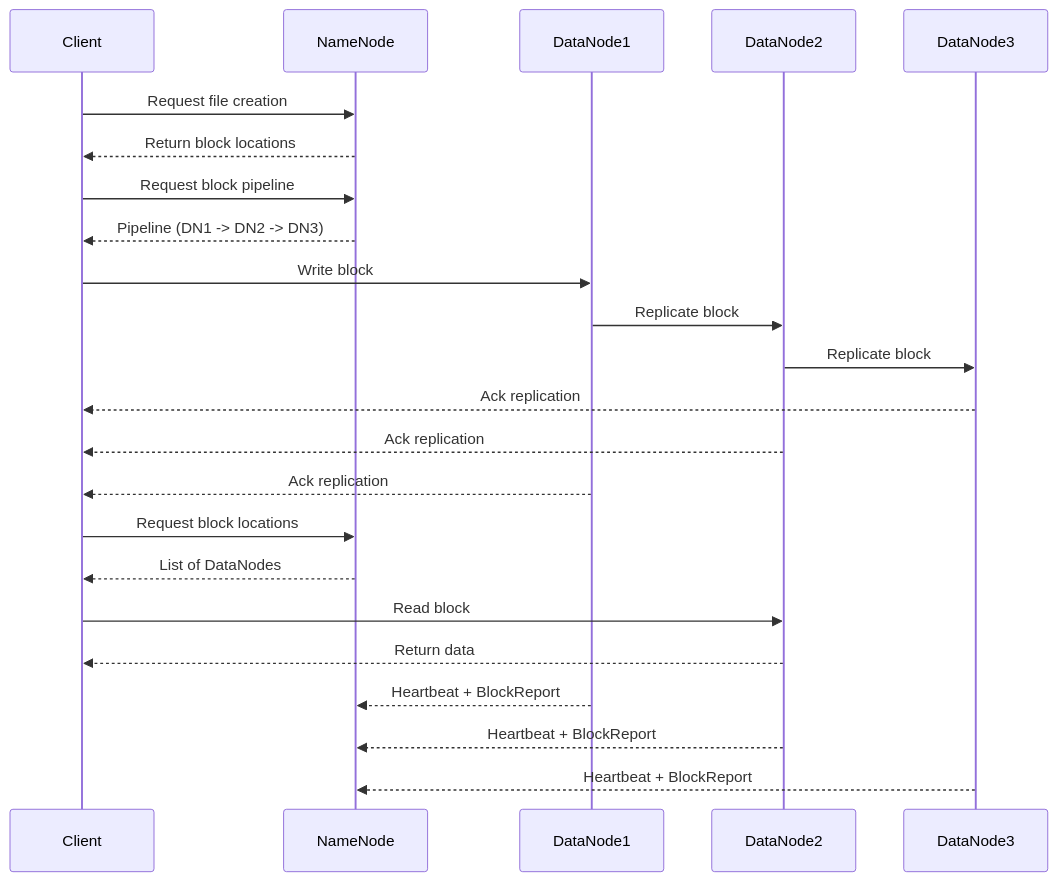
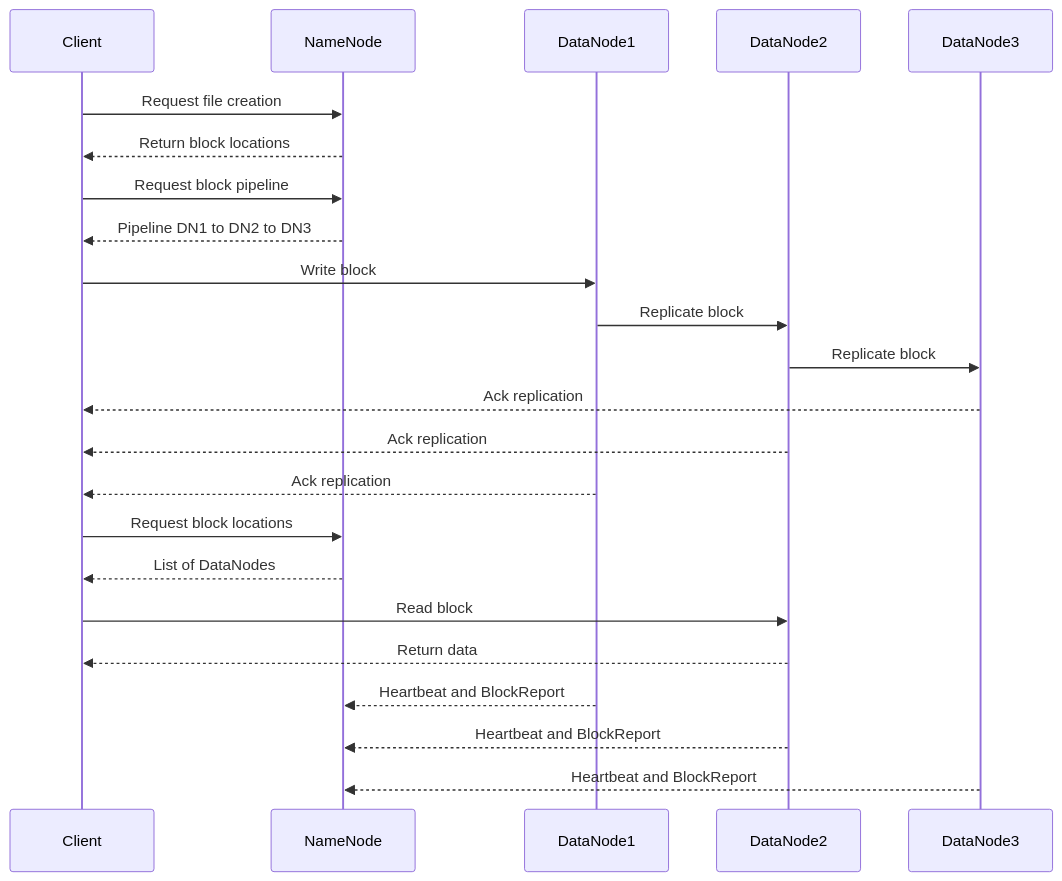
The third of 3 diagrams in system-design/designs/hdfs/hdfs.md (brandon-benge/InterviewPrep), drawn with Mermaid before and after one commit. The commit also changed other lines of this file and 1 other file, not shown here.

Commit message:
continue to try and fix syntax issues with the github parser for mermaid

````diff
--- a/system-design/designs/hdfs/hdfs.md
+++ b/system-design/designs/hdfs/hdfs.md
@@ -95,33 +95,33 @@
 ```mermaid
 sequenceDiagram
     participant Client
     participant NameNode
     participant DataNode1
     participant DataNode2
     participant DataNode3
 
     %% File Creation
     Client->>NameNode: Request file creation
     NameNode-->>Client: Return block locations
 
     %% Write Path
     Client->>NameNode: Request block pipeline
-    NameNode-->>Client: Pipeline (DN1 -> DN2 -> DN3)
+    NameNode-->>Client: Pipeline DN1 to DN2 to DN3
     Client->>DataNode1: Write block
     DataNode1->>DataNode2: Replicate block
     DataNode2->>DataNode3: Replicate block
     DataNode3-->>Client: Ack replication
     DataNode2-->>Client: Ack replication
     DataNode1-->>Client: Ack replication
 
     %% Read Path
     Client->>NameNode: Request block locations
     NameNode-->>Client: List of DataNodes
     Client->>DataNode2: Read block
     DataNode2-->>Client: Return data
 
-    %% Heartbeats + Reports
-    DataNode1-->>NameNode: Heartbeat + BlockReport
-    DataNode2-->>NameNode: Heartbeat + BlockReport
-    DataNode3-->>NameNode: Heartbeat + BlockReport
+    %% Heartbeats and Reports
+    DataNode1-->>NameNode: Heartbeat and BlockReport
+    DataNode2-->>NameNode: Heartbeat and BlockReport
+    DataNode3-->>NameNode: Heartbeat and BlockReport
 ```
````
